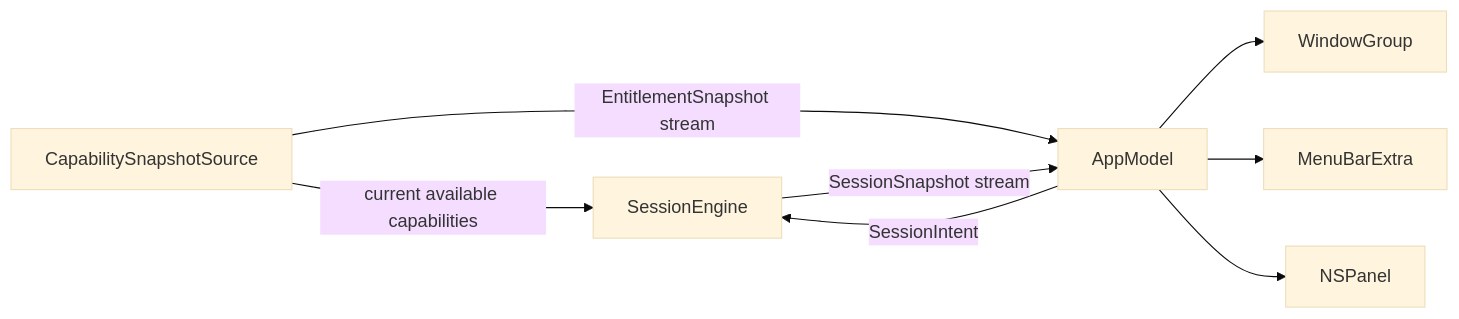
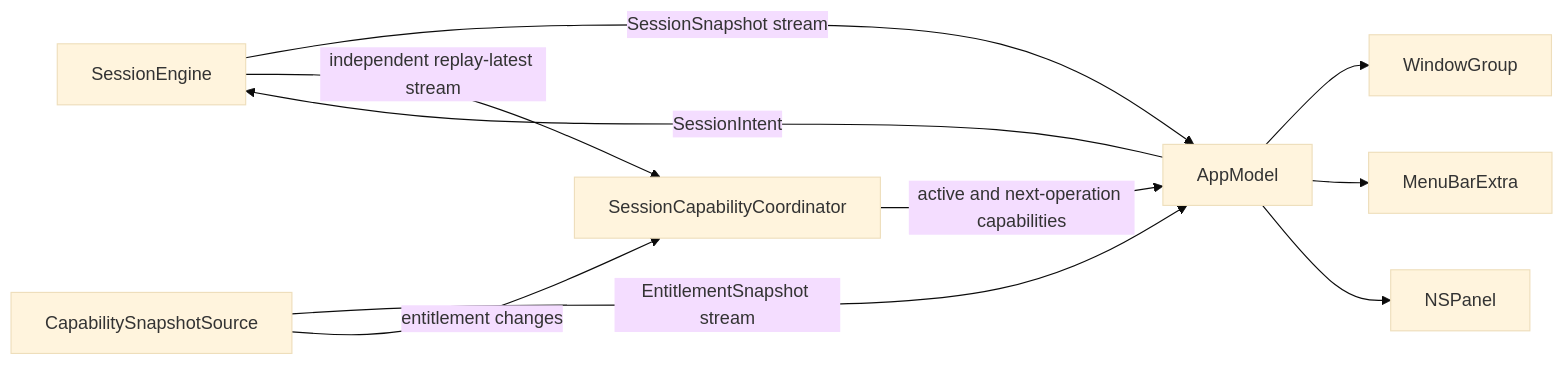
The second of 2 diagrams in openspec/changes/build-native-praxodoro/design.md (praxstack/Praxmodoro), drawn with Mermaid (base theme) before and after one commit. The commit also changed other lines of this file and 22 other files, not shown here.

````diff
--- a/openspec/changes/build-native-praxodoro/design.md
+++ b/openspec/changes/build-native-praxodoro/design.md
@@ -239,10 +254,12 @@
 ```mermaid
 flowchart LR
     Session["SessionEngine"] -->|SessionSnapshot stream| Model["AppModel"]
     Capability["CapabilitySnapshotSource"] -->|EntitlementSnapshot stream| Model
+    Session -->|independent replay-latest stream| Gate["SessionCapabilityCoordinator"]
+    Capability -->|entitlement changes| Gate
+    Gate -->|active and next-operation capabilities| Model
     Model --> Main["WindowGroup"]
     Model --> Menu["MenuBarExtra"]
     Model --> Compact["NSPanel"]
     Model -->|SessionIntent| Session
-    Capability -->|current available capabilities| Session
 ```
````
